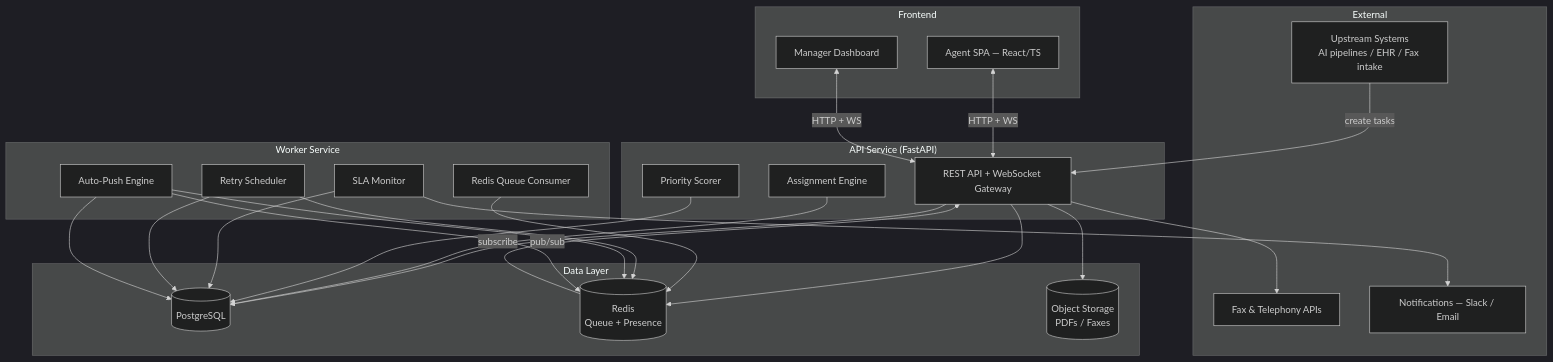
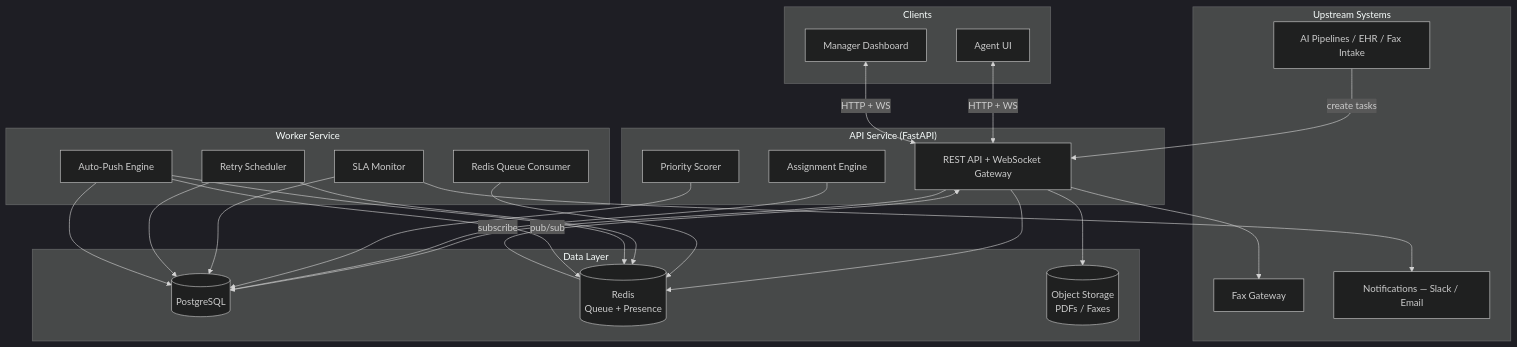
One commit to oezhouyou/HealthCareAgent changed the second of 4 diagrams in 2026-03-13-ops-task-management-design.md. Above: the diagram before and after it, drawn with Mermaid (dark theme). The commit also changed other lines of this file, not shown here.

````diff
--- a/2026-03-13-ops-task-management-design.md
+++ b/2026-03-13-ops-task-management-design.md
@@ -15,49 +62,49 @@
 ```mermaid
 flowchart TB
-    subgraph External
-        UP[Upstream Systems<br/>AI pipelines / EHR / Fax intake]
-        FAX[Fax & Telephony APIs]
+    subgraph "Upstream Systems"
+        UP[AI Pipelines / EHR / Fax Intake]
+        FAX[Fax Gateway]
         NOTIF[Notifications — Slack / Email]
     end
 
     subgraph "API Service (FastAPI)"
         REST[REST API + WebSocket Gateway]
         ASSIGN[Assignment Engine]
         PRIO[Priority Scorer]
     end
 
     subgraph "Worker Service"
         Q[Redis Queue Consumer]
         SLA[SLA Monitor]
         RETRY[Retry Scheduler]
         PUSH[Auto-Push Engine]
     end
 
     subgraph "Data Layer"
         PG[(PostgreSQL)]
         RD[(Redis<br/>Queue + Presence)]
         S3[(Object Storage<br/>PDFs / Faxes)]
     end
 
-    subgraph Frontend
-        AGENT[Agent SPA — React/TS]
+    subgraph "Clients"
+        AGENT[Agent UI]
         MGR[Manager Dashboard]
     end
 
     UP -->|create tasks| REST
     AGENT <-->|HTTP + WS| REST
     MGR <-->|HTTP + WS| REST
     REST --> PG
     REST --> S3
     REST --> RD
     ASSIGN --> PG
     PRIO --> PG
     Q --> RD
     SLA --> PG
     SLA --> NOTIF
     RETRY --> PG & RD
     PUSH --> PG & RD
     PUSH -->|pub/sub| RD
     RD -->|subscribe| REST
     REST --> FAX
 ```
````
